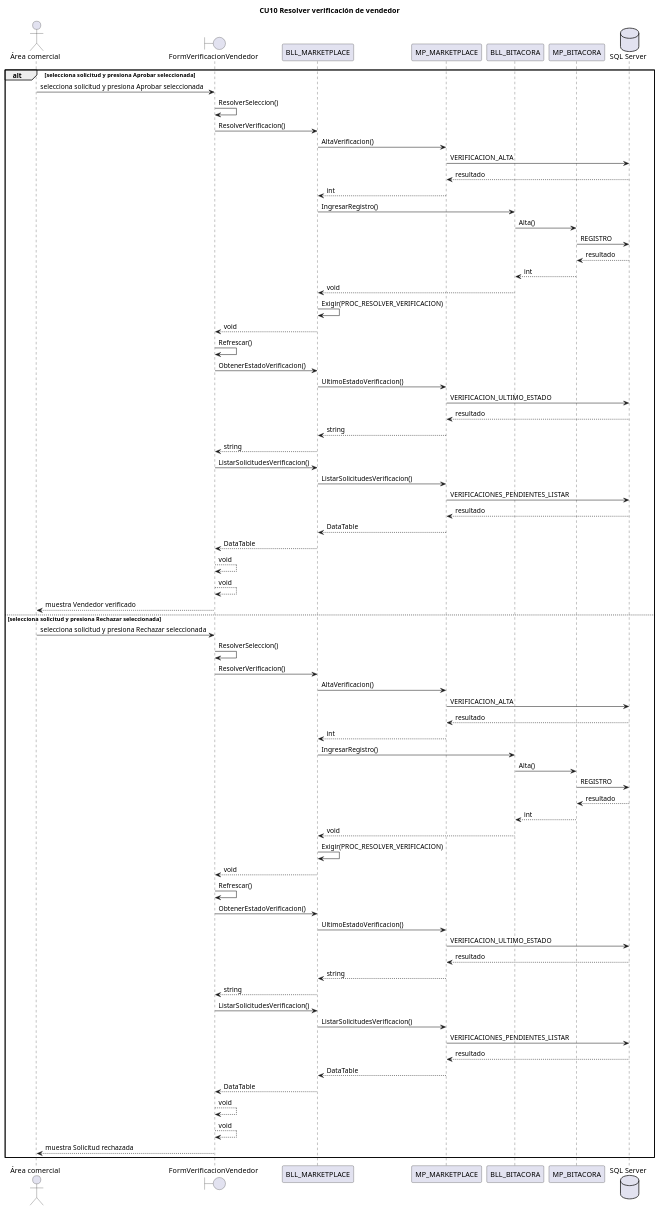
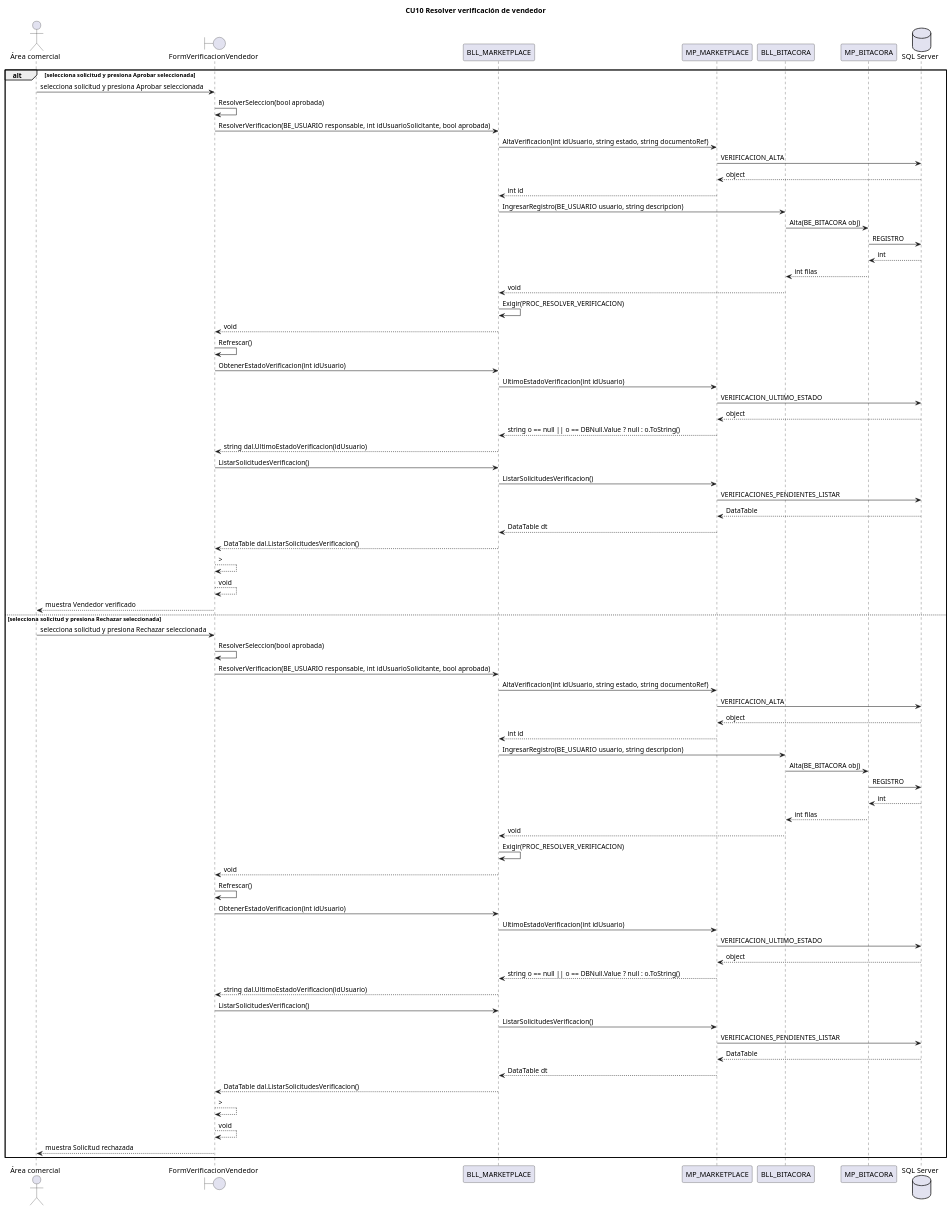
The diagram in docs/diagramas/secuencias/CU10.puml (L-Muniz/uai-diploma_2026), drawn with PlantUML before and after one commit. The commit also changed 59 other files, not shown here.

Commit message:
Docs: firmas y retornos de las secuencias tomados del código; diagramas de casos de uso en el documento

```diff
--- a/docs/diagramas/secuencias/CU10.puml
+++ b/docs/diagramas/secuencias/CU10.puml
@@ -1,75 +1,75 @@
 @startuml CU10
 title CU10 Resolver verificación de vendedor
 actor "Área comercial" as ACT
 boundary FormVerificacionVendedor
 participant BLL_MARKETPLACE
 participant MP_MARKETPLACE
 participant BLL_BITACORA
 participant MP_BITACORA
 database "SQL Server" as BD
 alt selecciona solicitud y presiona Aprobar seleccionada
 ACT -> FormVerificacionVendedor : selecciona solicitud y presiona Aprobar seleccionada
-FormVerificacionVendedor -> FormVerificacionVendedor : ResolverSeleccion()
-FormVerificacionVendedor -> BLL_MARKETPLACE : ResolverVerificacion()
-BLL_MARKETPLACE -> MP_MARKETPLACE : AltaVerificacion()
+FormVerificacionVendedor -> FormVerificacionVendedor : ResolverSeleccion(bool aprobada)
+FormVerificacionVendedor -> BLL_MARKETPLACE : ResolverVerificacion(BE_USUARIO responsable, int idUsuarioSolicitante, bool aprobada)
+BLL_MARKETPLACE -> MP_MARKETPLACE : AltaVerificacion(int idUsuario, string estado, string documentoRef)
 MP_MARKETPLACE -> BD : VERIFICACION_ALTA
-BD --> MP_MARKETPLACE : resultado
-MP_MARKETPLACE --> BLL_MARKETPLACE : int
-BLL_MARKETPLACE -> BLL_BITACORA : IngresarRegistro()
-BLL_BITACORA -> MP_BITACORA : Alta()
+BD --> MP_MARKETPLACE : object
+MP_MARKETPLACE --> BLL_MARKETPLACE : int id
+BLL_MARKETPLACE -> BLL_BITACORA : IngresarRegistro(BE_USUARIO usuario, string descripcion)
+BLL_BITACORA -> MP_BITACORA : Alta(BE_BITACORA obj)
 MP_BITACORA -> BD : REGISTRO
-BD --> MP_BITACORA : resultado
-MP_BITACORA --> BLL_BITACORA : int
+BD --> MP_BITACORA : int
+MP_BITACORA --> BLL_BITACORA : int filas
 BLL_BITACORA --> BLL_MARKETPLACE : void
 BLL_MARKETPLACE -> BLL_MARKETPLACE : Exigir(PROC_RESOLVER_VERIFICACION)
 BLL_MARKETPLACE --> FormVerificacionVendedor : void
 FormVerificacionVendedor -> FormVerificacionVendedor : Refrescar()
-FormVerificacionVendedor -> BLL_MARKETPLACE : ObtenerEstadoVerificacion()
-BLL_MARKETPLACE -> MP_MARKETPLACE : UltimoEstadoVerificacion()
+FormVerificacionVendedor -> BLL_MARKETPLACE : ObtenerEstadoVerificacion(int idUsuario)
+BLL_MARKETPLACE -> MP_MARKETPLACE : UltimoEstadoVerificacion(int idUsuario)
 MP_MARKETPLACE -> BD : VERIFICACION_ULTIMO_ESTADO
-BD --> MP_MARKETPLACE : resultado
-MP_MARKETPLACE --> BLL_MARKETPLACE : string
-BLL_MARKETPLACE --> FormVerificacionVendedor : string
+BD --> MP_MARKETPLACE : object
+MP_MARKETPLACE --> BLL_MARKETPLACE : string o == null || o == DBNull.Value ? null : o.ToString()
+BLL_MARKETPLACE --> FormVerificacionVendedor : string dal.UltimoEstadoVerificacion(idUsuario)
 FormVerificacionVendedor -> BLL_MARKETPLACE : ListarSolicitudesVerificacion()
 BLL_MARKETPLACE -> MP_MARKETPLACE : ListarSolicitudesVerificacion()
 MP_MARKETPLACE -> BD : VERIFICACIONES_PENDIENTES_LISTAR
-BD --> MP_MARKETPLACE : resultado
-MP_MARKETPLACE --> BLL_MARKETPLACE : DataTable
-BLL_MARKETPLACE --> FormVerificacionVendedor : DataTable
-FormVerificacionVendedor --> FormVerificacionVendedor : void
+BD --> MP_MARKETPLACE : DataTable
+MP_MARKETPLACE --> BLL_MARKETPLACE : DataTable dt
+BLL_MARKETPLACE --> FormVerificacionVendedor : DataTable dal.ListarSolicitudesVerificacion()
+FormVerificacionVendedor --> FormVerificacionVendedor : >
 FormVerificacionVendedor --> FormVerificacionVendedor : void
 FormVerificacionVendedor --> ACT : muestra Vendedor verificado
 else selecciona solicitud y presiona Rechazar seleccionada
 ACT -> FormVerificacionVendedor : selecciona solicitud y presiona Rechazar seleccionada
-FormVerificacionVendedor -> FormVerificacionVendedor : ResolverSeleccion()
-FormVerificacionVendedor -> BLL_MARKETPLACE : ResolverVerificacion()
-BLL_MARKETPLACE -> MP_MARKETPLACE : AltaVerificacion()
+FormVerificacionVendedor -> FormVerificacionVendedor : ResolverSeleccion(bool aprobada)
+FormVerificacionVendedor -> BLL_MARKETPLACE : ResolverVerificacion(BE_USUARIO responsable, int idUsuarioSolicitante, bool aprobada)
+BLL_MARKETPLACE -> MP_MARKETPLACE : AltaVerificacion(int idUsuario, string estado, string documentoRef)
 MP_MARKETPLACE -> BD : VERIFICACION_ALTA
-BD --> MP_MARKETPLACE : resultado
-MP_MARKETPLACE --> BLL_MARKETPLACE : int
-BLL_MARKETPLACE -> BLL_BITACORA : IngresarRegistro()
-BLL_BITACORA -> MP_BITACORA : Alta()
+BD --> MP_MARKETPLACE : object
+MP_MARKETPLACE --> BLL_MARKETPLACE : int id
+BLL_MARKETPLACE -> BLL_BITACORA : IngresarRegistro(BE_USUARIO usuario, string descripcion)
+BLL_BITACORA -> MP_BITACORA : Alta(BE_BITACORA obj)
 MP_BITACORA -> BD : REGISTRO
-BD --> MP_BITACORA : resultado
-MP_BITACORA --> BLL_BITACORA : int
+BD --> MP_BITACORA : int
+MP_BITACORA --> BLL_BITACORA : int filas
 BLL_BITACORA --> BLL_MARKETPLACE : void
 BLL_MARKETPLACE -> BLL_MARKETPLACE : Exigir(PROC_RESOLVER_VERIFICACION)
 BLL_MARKETPLACE --> FormVerificacionVendedor : void
 FormVerificacionVendedor -> FormVerificacionVendedor : Refrescar()
-FormVerificacionVendedor -> BLL_MARKETPLACE : ObtenerEstadoVerificacion()
-BLL_MARKETPLACE -> MP_MARKETPLACE : UltimoEstadoVerificacion()
+FormVerificacionVendedor -> BLL_MARKETPLACE : ObtenerEstadoVerificacion(int idUsuario)
+BLL_MARKETPLACE -> MP_MARKETPLACE : UltimoEstadoVerificacion(int idUsuario)
 MP_MARKETPLACE -> BD : VERIFICACION_ULTIMO_ESTADO
-BD --> MP_MARKETPLACE : resultado
-MP_MARKETPLACE --> BLL_MARKETPLACE : string
-BLL_MARKETPLACE --> FormVerificacionVendedor : string
+BD --> MP_MARKETPLACE : object
+MP_MARKETPLACE --> BLL_MARKETPLACE : string o == null || o == DBNull.Value ? null : o.ToString()
+BLL_MARKETPLACE --> FormVerificacionVendedor : string dal.UltimoEstadoVerificacion(idUsuario)
 FormVerificacionVendedor -> BLL_MARKETPLACE : ListarSolicitudesVerificacion()
 BLL_MARKETPLACE -> MP_MARKETPLACE : ListarSolicitudesVerificacion()
 MP_MARKETPLACE -> BD : VERIFICACIONES_PENDIENTES_LISTAR
-BD --> MP_MARKETPLACE : resultado
-MP_MARKETPLACE --> BLL_MARKETPLACE : DataTable
-BLL_MARKETPLACE --> FormVerificacionVendedor : DataTable
-FormVerificacionVendedor --> FormVerificacionVendedor : void
+BD --> MP_MARKETPLACE : DataTable
+MP_MARKETPLACE --> BLL_MARKETPLACE : DataTable dt
+BLL_MARKETPLACE --> FormVerificacionVendedor : DataTable dal.ListarSolicitudesVerificacion()
+FormVerificacionVendedor --> FormVerificacionVendedor : >
 FormVerificacionVendedor --> FormVerificacionVendedor : void
 FormVerificacionVendedor --> ACT : muestra Solicitud rechazada
 end
 @enduml
```
